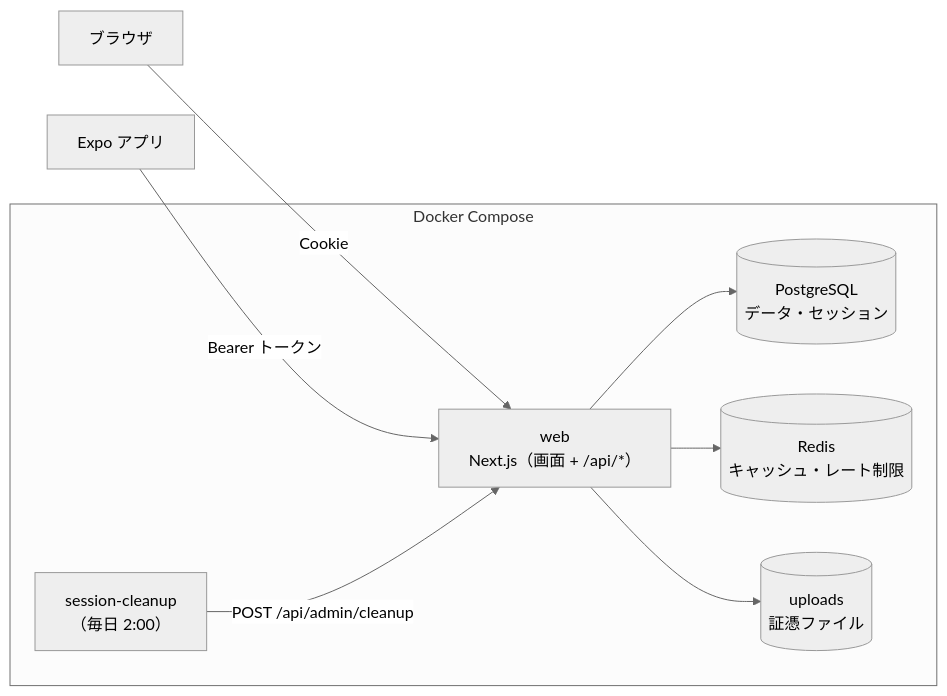
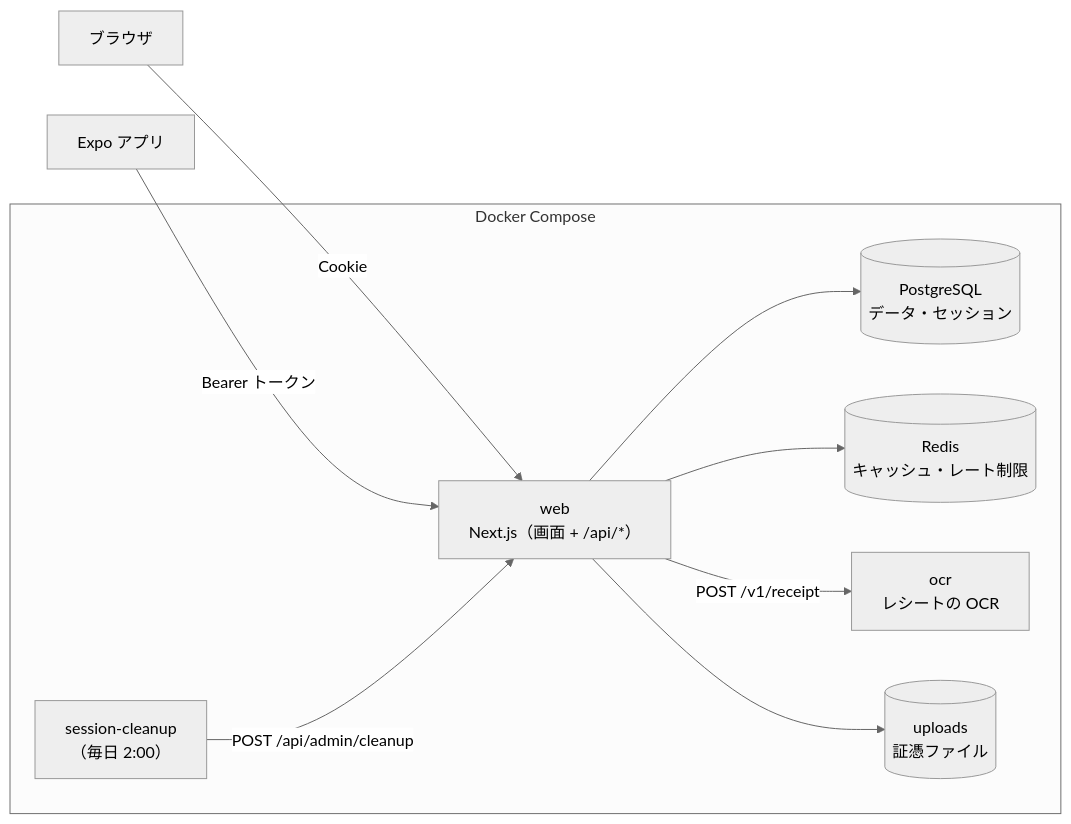
The second of 2 diagrams in readme.md (makoto-kamimura/docker_financial_management), drawn with Mermaid (neutral theme) before and after one commit. The commit also changed other lines of this file and 2 other files, not shown here.

First line of the commit message:
docs: describe the receipt OCR service and how to measure it

````diff
--- a/readme.md
+++ b/readme.md
@@ -980,20 +981,22 @@
 ```mermaid
 flowchart LR
   browser["ブラウザ"]
   mobile["Expo アプリ"]
 
   subgraph compose["Docker Compose"]
     web["web<br/>Next.js（画面 + /api/*）"]
     db[("PostgreSQL<br/>データ・セッション")]
     redis[("Redis<br/>キャッシュ・レート制限")]
     cron["session-cleanup<br/>（毎日 2:00）"]
+    ocr["ocr<br/>レシートの OCR"]
     uploads[("uploads<br/>証憑ファイル")]
   end
 
   browser -->|"Cookie"| web
   mobile -->|"Bearer トークン"| web
   web --> db
   web --> redis
   web --> uploads
+  web -->|"POST /v1/receipt"| ocr
   cron -->|"POST /api/admin/cleanup"| web
 ```
````
